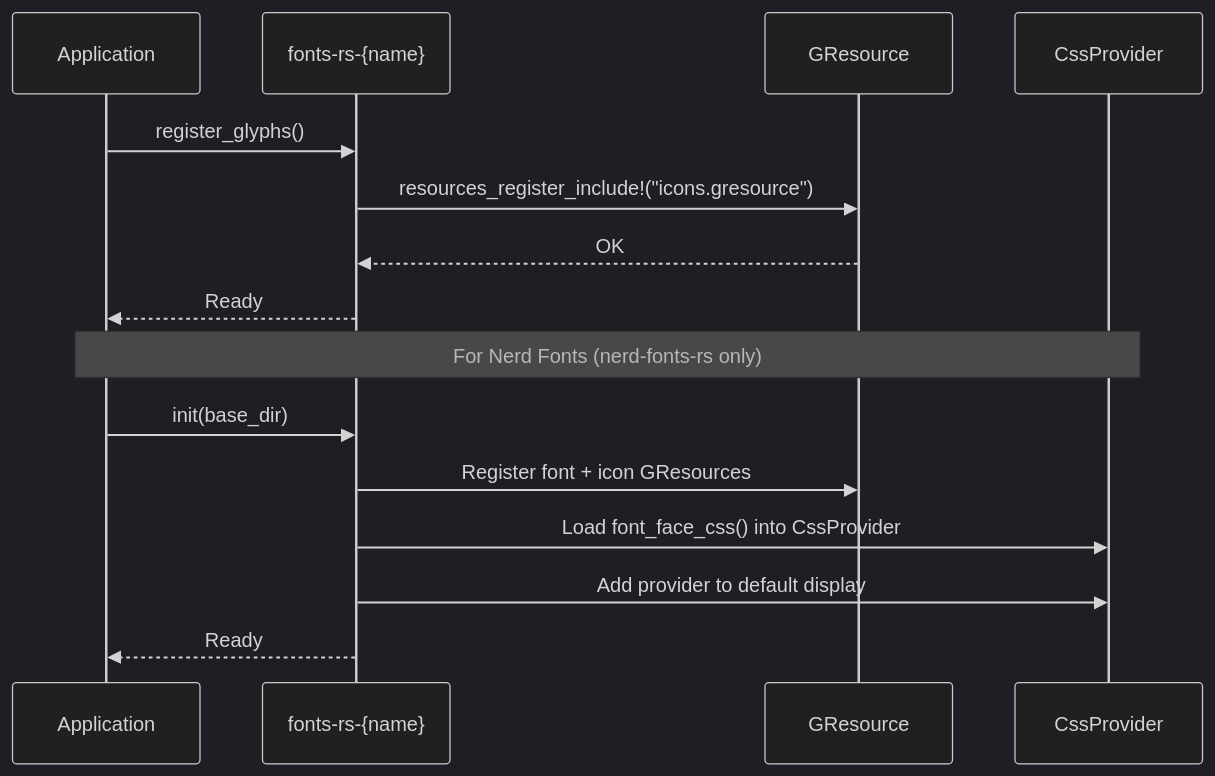
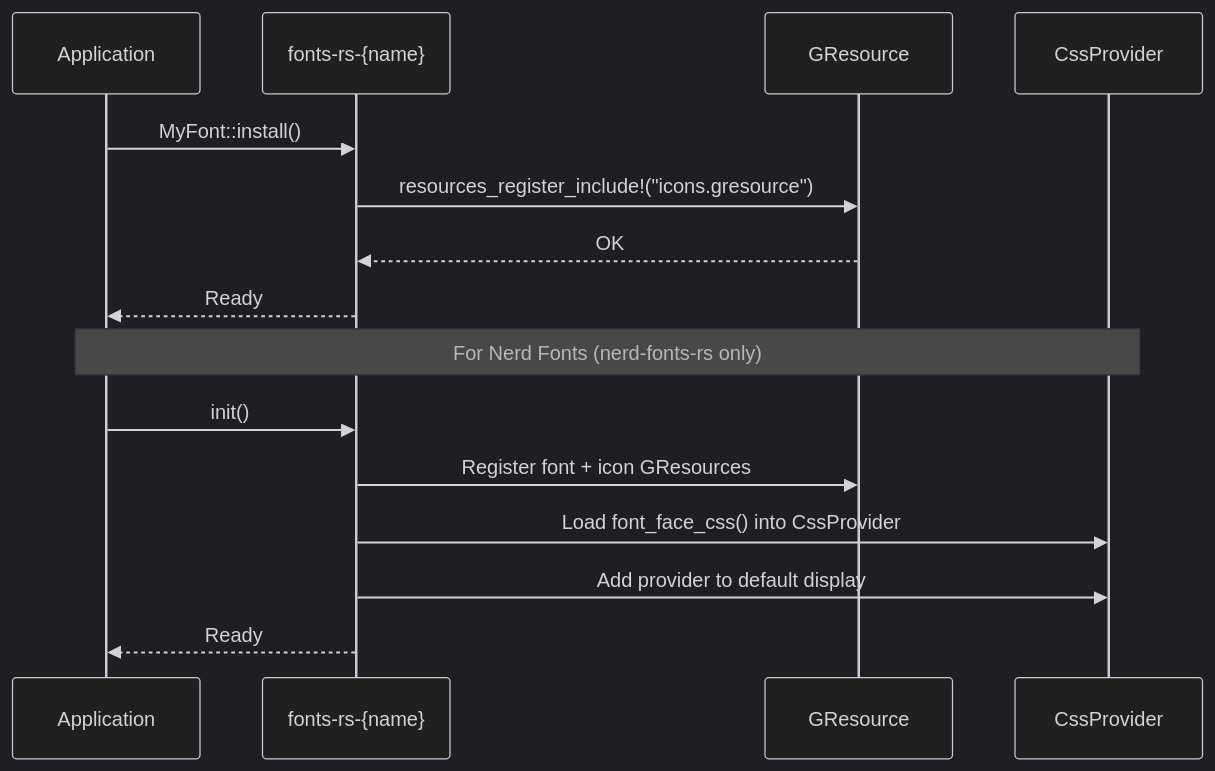
Before and after one commit to smearor/fonts-rs: the third of 3 diagrams in book/src/architecture.md, drawn with Mermaid (dark theme). The commit also changed other lines of this file and 179 other files, not shown here.

````diff
--- a/book/src/architecture.md
+++ b/book/src/architecture.md
@@ -127,19 +130,19 @@
 ```mermaid
 sequenceDiagram
     participant App as Application
     participant Crate as fonts-rs-{name}
     participant GResource as GResource
     participant CSS as CssProvider
 
-    App->>Crate: register_glyphs()
+    App->>Crate: MyFont::install()
     Crate->>GResource: resources_register_include!("icons.gresource")
     GResource-->>Crate: OK
     Crate-->>App: Ready
 
     Note over App,CSS: For Nerd Fonts (nerd-fonts-rs only)
-    App->>Crate: init(base_dir)
+    App->>Crate: init()
     Crate->>GResource: Register font + icon GResources
     Crate->>CSS: Load font_face_css() into CssProvider
     Crate->>CSS: Add provider to default display
     Crate-->>App: Ready
 ```
````
